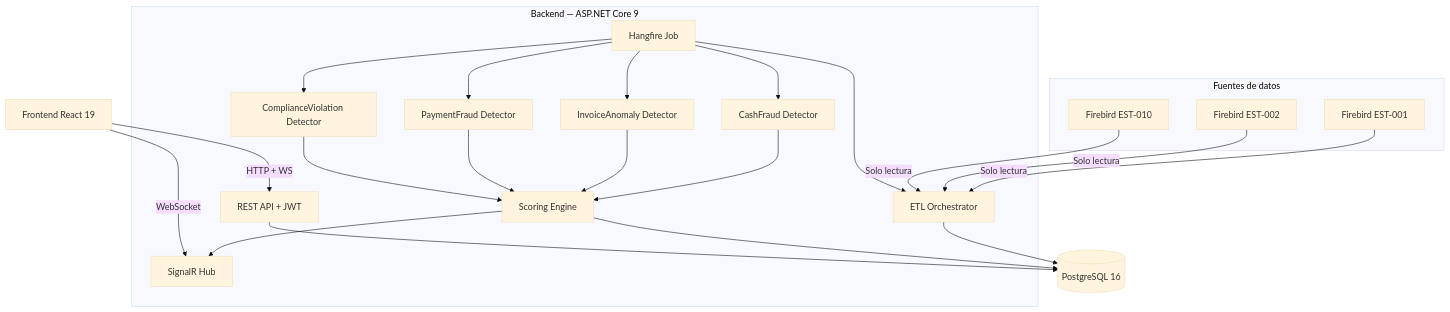
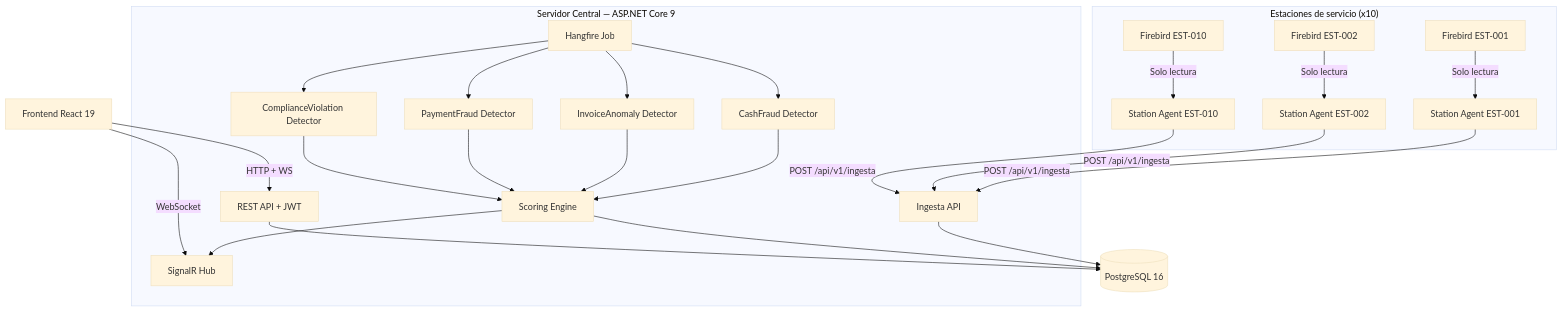
The diagram in README.md (StevenCarrilloLoor/petrolrios-anomaly-detection-final), drawn with Mermaid (base theme) before and after one commit. The commit also changed other lines of this file and 18 other files, not shown here.

First line of the commit message:
Migrar a arquitectura push con Station Agent (Alternativa B de tesis)

````diff
--- a/README.md
+++ b/README.md
@@ -11,34 +11,39 @@
 ```mermaid
 graph TB
-    subgraph "Fuentes de datos"
+    subgraph "Estaciones de servicio (x10)"
+        AG1[Station Agent EST-001]
+        AG2[Station Agent EST-002]
+        AGN[Station Agent EST-010]
         FB1[Firebird EST-001]
         FB2[Firebird EST-002]
         FBN[Firebird EST-010]
     end
 
-    subgraph "Backend — ASP.NET Core 9"
-        ETL[ETL Orchestrator]
+    subgraph "Servidor Central — ASP.NET Core 9"
+        ING[Ingesta API]
         HF[Hangfire Job]
         D1[CashFraud Detector]
         D2[InvoiceAnomaly Detector]
         D3[PaymentFraud Detector]
         D4[ComplianceViolation Detector]
         SE[Scoring Engine]
         API[REST API + JWT]
         SR[SignalR Hub]
     end
 
     PG[(PostgreSQL 16)]
     FE[Frontend React 19]
 
-    FB1 & FB2 & FBN -->|Solo lectura| ETL
-    ETL --> PG
-    HF --> ETL
+    FB1 -->|Solo lectura| AG1
+    FB2 -->|Solo lectura| AG2
+    FBN -->|Solo lectura| AGN
+    AG1 & AG2 & AGN -->|POST /api/v1/ingesta| ING
+    ING --> PG
     HF --> D1 & D2 & D3 & D4
     D1 & D2 & D3 & D4 --> SE
     SE --> PG
     SE --> SR
     API --> PG
     FE -->|HTTP + WS| API
     FE -->|WebSocket| SR
 ```
````
